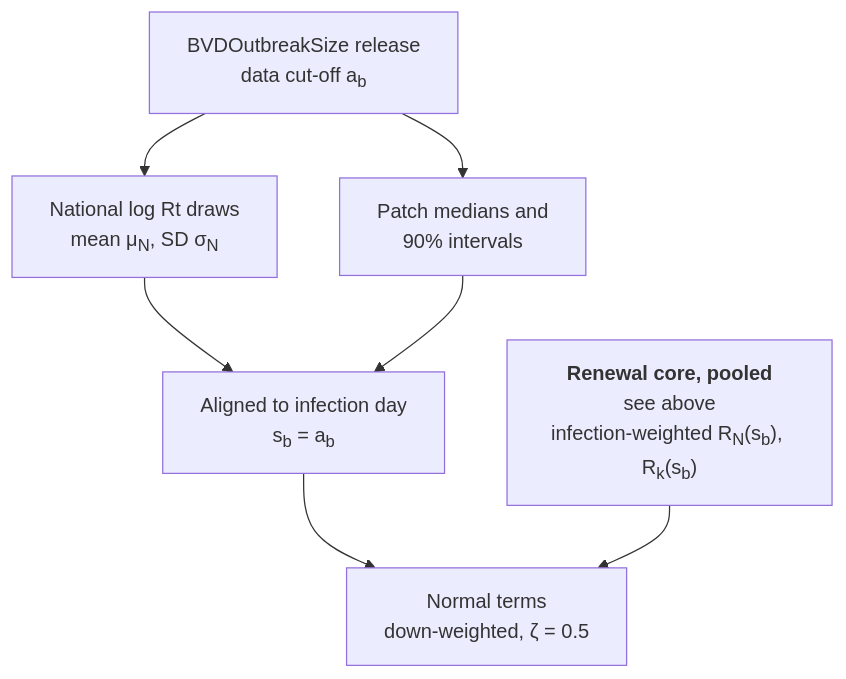
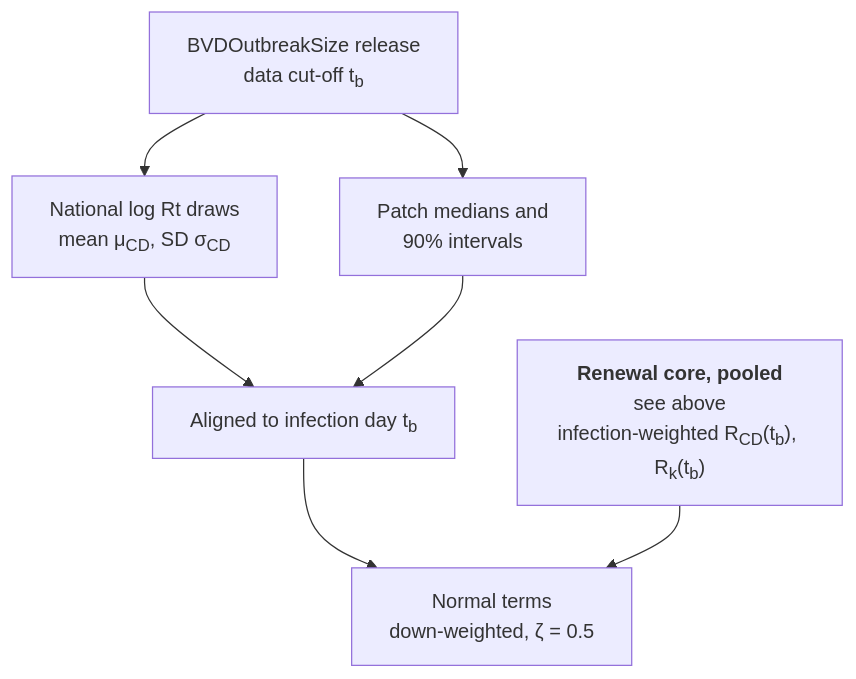
The fourth of 4 diagrams in docs/methods/model.md (seabbs/BDBVHubRenewal), drawn with Mermaid before and after one commit. The commit also changed other lines of this file and 4 other files, not shown here.

````diff
--- a/docs/methods/model.md
+++ b/docs/methods/model.md
@@ -279,16 +274,16 @@
 ```mermaid
 flowchart TD
-    REL["BVDOutbreakSize release<br/>data cut-off a<sub>b</sub>"]
-    NAT["National log Rt draws<br/>mean μ<sub>N</sub>, SD σ<sub>N</sub>"]
+    REL["BVDOutbreakSize release<br/>data cut-off t<sub>b</sub>"]
+    NAT["National log Rt draws<br/>mean μ<sub>CD</sub>, SD σ<sub>CD</sub>"]
     PAT["Patch medians and<br/>90% intervals"]
-    AL["Aligned to infection day<br/>s<sub>b</sub> = a<sub>b</sub>"]
-    CORE["<b>Renewal core, pooled</b><br/>see above<br/>infection-weighted R<sub>N</sub>(s<sub>b</sub>), R<sub>k</sub>(s<sub>b</sub>)"]
+    AL["Aligned to infection day t<sub>b</sub>"]
+    CORE["<b>Renewal core, pooled</b><br/>see above<br/>infection-weighted R<sub>CD</sub>(t<sub>b</sub>), R<sub>k</sub>(t<sub>b</sub>)"]
     LK["Normal terms<br/>down-weighted, ζ = 0.5"]
 
     REL --> NAT
     REL --> PAT
     NAT --> AL
     PAT --> AL
     AL --> LK
     CORE --> LK
 ```
````
